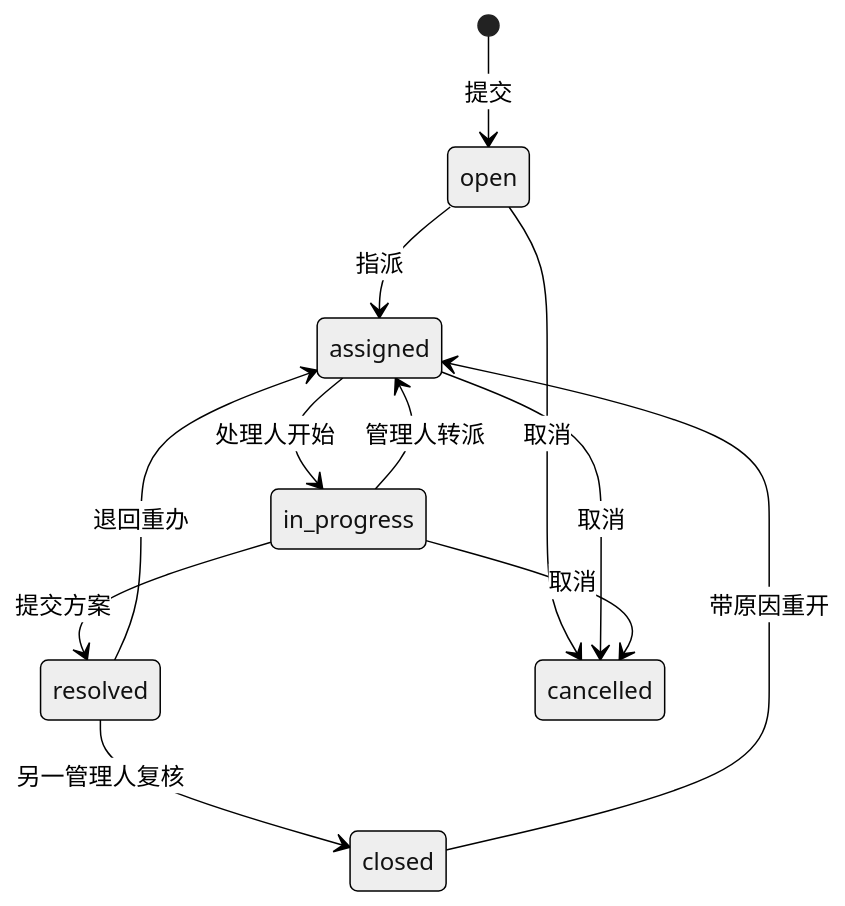
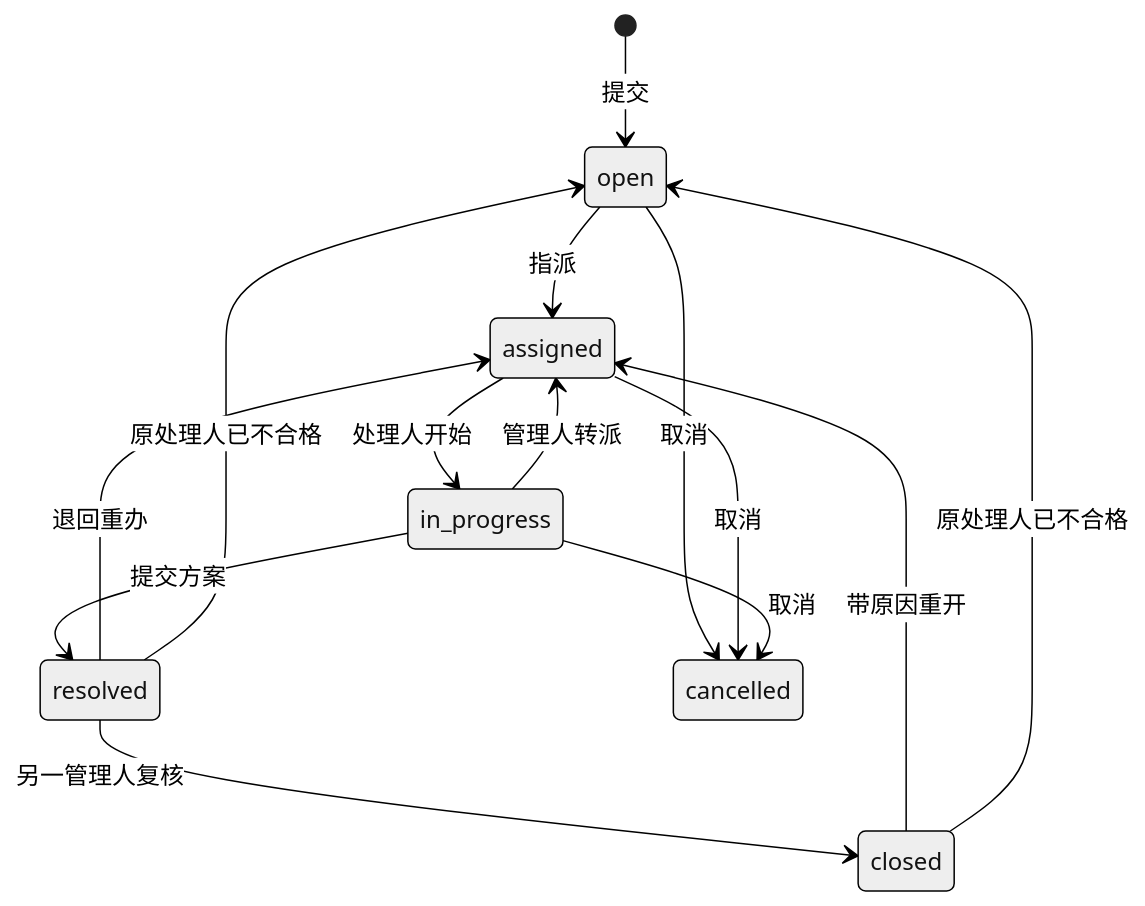
The diagram in docs/SERVICE_TICKET_OPERATIONS.md (osborn-studio/os-crm), drawn with Mermaid (neutral theme) before and after one commit. The commit also changed other lines of this file and 2 other files, not shown here.

Commit message:
fix(service): re-qualify previous assignee when reopening a ticket
Closed tickets do not block offboarding or department moves, so reopen
handed work back to a deactivated or transferred executor without the
staffing checks that assignment applies. Reopen now re-runs the same
eligibility rules and returns the ticket to the unassigned pool when the
previous executor no longer qualifies. Adds a MySQL regression for
close -> deactivate -> reopen -> reassign.

Found by Codex gpt-6-astra audit (M1).

````diff
--- a/docs/SERVICE_TICKET_OPERATIONS.md
+++ b/docs/SERVICE_TICKET_OPERATIONS.md
@@ -19,14 +19,16 @@
 ```mermaid
 stateDiagram-v2
   [*] --> open: 提交
   open --> assigned: 指派
   assigned --> in_progress: 处理人开始
   in_progress --> assigned: 管理人转派
   in_progress --> resolved: 提交方案
   resolved --> closed: 另一管理人复核
   resolved --> assigned: 退回重办
   closed --> assigned: 带原因重开
+  resolved --> open: 原处理人已不合格
+  closed --> open: 原处理人已不合格
   open --> cancelled: 取消
   assigned --> cancelled: 取消
   in_progress --> cancelled: 取消
 ```
````
